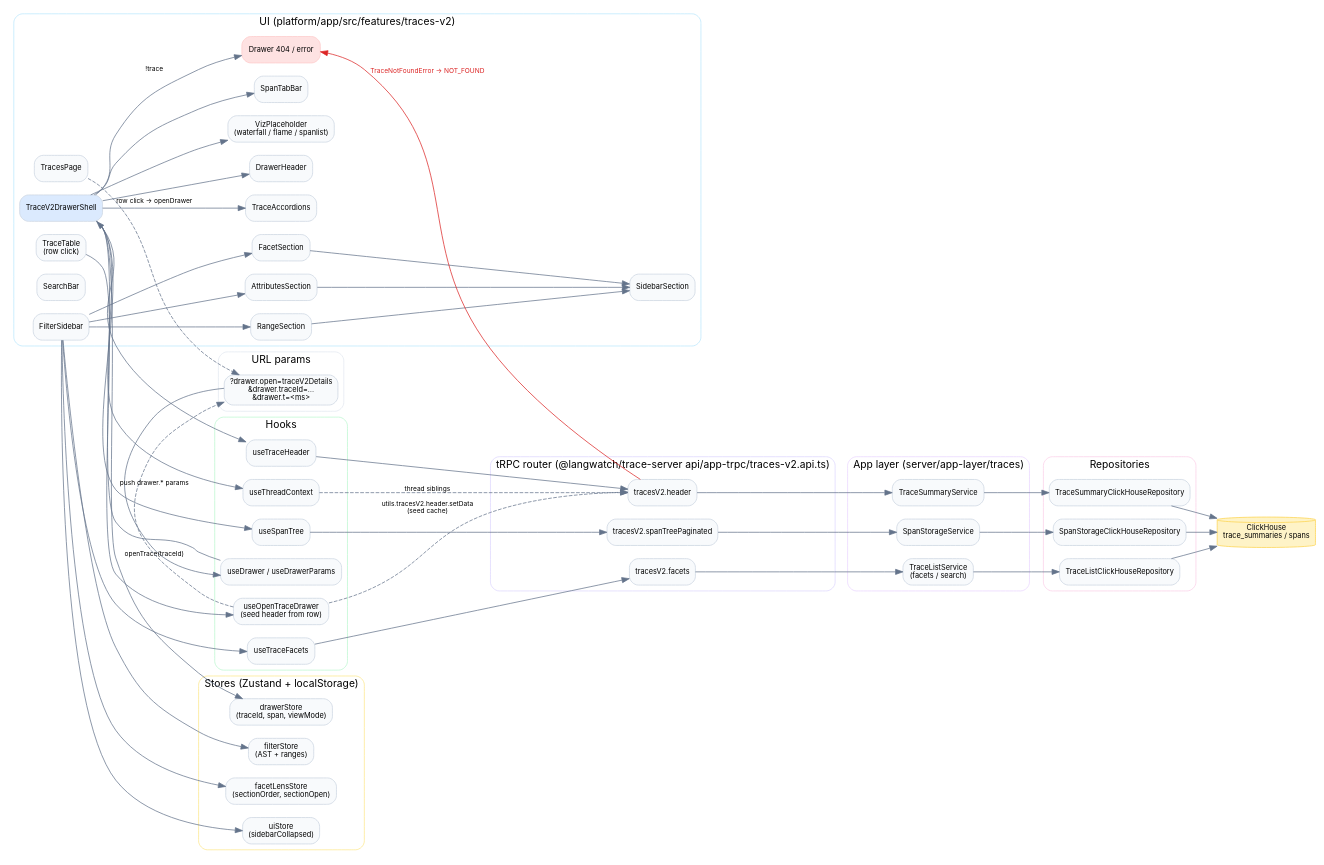
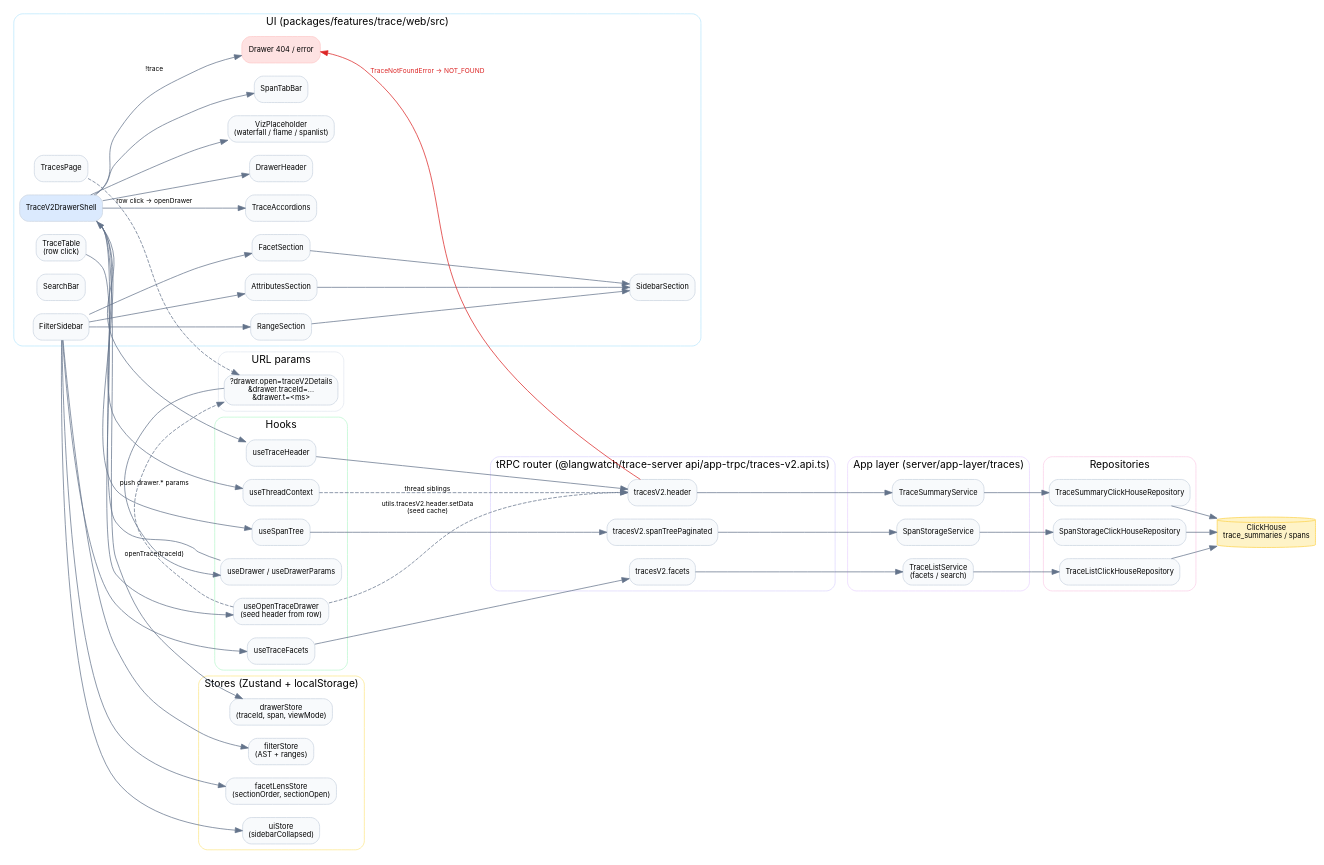
The diagram in packages/features/trace/web/src/docs/trace-architecture.dot (langwatch/langwatch), drawn with Graphviz before and after one commit. The commit also changed 67 other files, not shown here.

```diff
--- a/packages/features/trace/web/src/docs/trace-architecture.dot
+++ b/packages/features/trace/web/src/docs/trace-architecture.dot
@@ -1,155 +1,155 @@
 // Trace drawer + facet sidebar architecture for the traces-v2 feature.
 //
 // Render with:
 //   dot -Tsvg trace-architecture.dot -o trace-architecture.svg
 //
 // Reflects the layout that backs the trace details drawer at
 // `/<project>/traces?drawer.open=traceV2Details&drawer.traceId=...`.
 
 digraph TraceArchitecture {
   rankdir=LR;
   fontname="Inter";
   node  [fontname="Inter", fontsize=10, shape=box, style="rounded,filled", color="#cbd5e1", fillcolor="#f8fafc"];
   edge  [fontname="Inter", fontsize=9, color="#64748b"];
 
   // ────────────────────────────── URL ──────────────────────────────
   subgraph cluster_url {
     label="URL params";
     style="rounded";
     color="#e2e8f0";
     URL [label="?drawer.open=traceV2Details\n&drawer.traceId=…\n&drawer.t=<ms>"];
   }
 
   // ───────────────────────── React surface ─────────────────────────
   subgraph cluster_ui {
-    label="UI (platform/app/src/features/traces-v2)";
+    label="UI (packages/features/trace/web/src)";
     style="rounded";
     color="#bae6fd";
 
     TracesPage    [label="TracesPage"];
     TraceTable    [label="TraceTable\n(row click)"];
     FilterSidebar [label="FilterSidebar"];
     SearchBar     [label="SearchBar"];
 
     DrawerShell   [label="TraceV2DrawerShell", fillcolor="#dbeafe"];
     DrawerHeader  [label="DrawerHeader"];
     Viz           [label="VizPlaceholder\n(waterfall / flame / spanlist)"];
     SpanTabBar    [label="SpanTabBar"];
     Accordions    [label="TraceAccordions"];
     EmptyState    [label="Drawer 404 / error", fillcolor="#fee2e2", color="#fecaca"];
 
     FacetSection      [label="FacetSection"];
     RangeSection      [label="RangeSection"];
     AttributesSection [label="AttributesSection"];
     SidebarSection    [label="SidebarSection"];
 
     FilterSidebar -> FacetSection;
     FilterSidebar -> RangeSection;
     FilterSidebar -> AttributesSection;
     FacetSection      -> SidebarSection;
     RangeSection      -> SidebarSection;
     AttributesSection -> SidebarSection;
 
     DrawerShell -> DrawerHeader;
     DrawerShell -> Viz;
     DrawerShell -> SpanTabBar;
     DrawerShell -> Accordions;
     DrawerShell -> EmptyState [label="!trace"];
   }
 
   // ───────────────────────────── Hooks ─────────────────────────────
   subgraph cluster_hooks {
     label="Hooks";
     style="rounded";
     color="#bbf7d0";
 
     useOpen      [label="useOpenTraceDrawer\n(seed header from row)"];
     useHeader    [label="useTraceHeader"];
     useSpanTree  [label="useSpanTree"];
     useFacets    [label="useTraceFacets"];
     useThread    [label="useThreadContext"];
     useDrawer    [label="useDrawer / useDrawerParams"];
   }
 
   // ───────────────────────────── Stores ────────────────────────────
   subgraph cluster_stores {
     label="Stores (Zustand + localStorage)";
     style="rounded";
     color="#fde68a";
 
     DrawerStore  [label="drawerStore\n(traceId, span, viewMode)"];
     FilterStore  [label="filterStore\n(AST + ranges)"];
     LensStore    [label="facetLensStore\n(sectionOrder, sectionOpen)"];
     UIStore      [label="uiStore\n(sidebarCollapsed)"];
   }
 
   // ────────────────────────── Server tRPC ──────────────────────────
   subgraph cluster_trpc {
     label="tRPC router (@langwatch/trace-server api/app-trpc/traces-v2.api.ts)";
     style="rounded";
     color="#ddd6fe";
 
     R_header    [label="tracesV2.header"];
     R_spans     [label="tracesV2.spanTreePaginated"];
     R_facets    [label="tracesV2.facets"];
   }
 
   // ──────────────────────────── App layer ──────────────────────────
   subgraph cluster_app {
     label="App layer (server/app-layer/traces)";
     style="rounded";
     color="#e9d5ff";
 
     SummaryService [label="TraceSummaryService"];
     SpansService   [label="SpanStorageService"];
     ListService    [label="TraceListService\n(facets / search)"];
   }
 
   // ────────────────────────── Repositories ─────────────────────────
   subgraph cluster_repo {
     label="Repositories";
     style="rounded";
     color="#fbcfe8";
 
     SummaryRepo [label="TraceSummaryClickHouseRepository"];
     SpansRepo   [label="SpanStorageClickHouseRepository"];
     ListRepo    [label="TraceListClickHouseRepository"];
   }
 
   // ───────────────────────────── Storage ───────────────────────────
   CH [label="ClickHouse\ntrace_summaries / spans", shape=cylinder, fillcolor="#fef3c7", color="#fcd34d"];
 
   // ──────────────────────── Edges: UI → URL ────────────────────────
   TracesPage    -> URL [style=dashed, label="row click → openDrawer"];
   TraceTable    -> useOpen;
   useOpen       -> URL  [style=dashed, label="push drawer.* params"];
   useOpen       -> R_header [style=dashed, label="utils.tracesV2.header.setData\n(seed cache)"];
 
   // URL → drawer
   URL           -> useDrawer;
   useDrawer     -> DrawerShell;
   DrawerShell   -> DrawerStore [label="openTrace(traceId)"];
 
   // ─────────────── UI → hooks → stores / network ────────────────
   DrawerShell   -> useHeader;
   DrawerShell   -> useSpanTree;
   DrawerShell   -> useThread;
 
   useHeader     -> R_header;
   useSpanTree   -> R_spans;
   useThread     -> R_header [style=dashed, label="thread siblings"];
 
   FilterSidebar -> useFacets;
   FilterSidebar -> FilterStore;
   FilterSidebar -> LensStore;
   FilterSidebar -> UIStore;
   useFacets     -> R_facets;
 
   // ────────────────────── tRPC → app layer ──────────────────────
   R_header -> SummaryService -> SummaryRepo -> CH;
   R_spans  -> SpansService   -> SpansRepo   -> CH;
   R_facets -> ListService    -> ListRepo    -> CH;
 
   // ─────────────────────── Error fallback ───────────────────────
   R_header -> EmptyState [color="#dc2626", label="TraceNotFoundError → NOT_FOUND", fontcolor="#dc2626"];
 }
```
